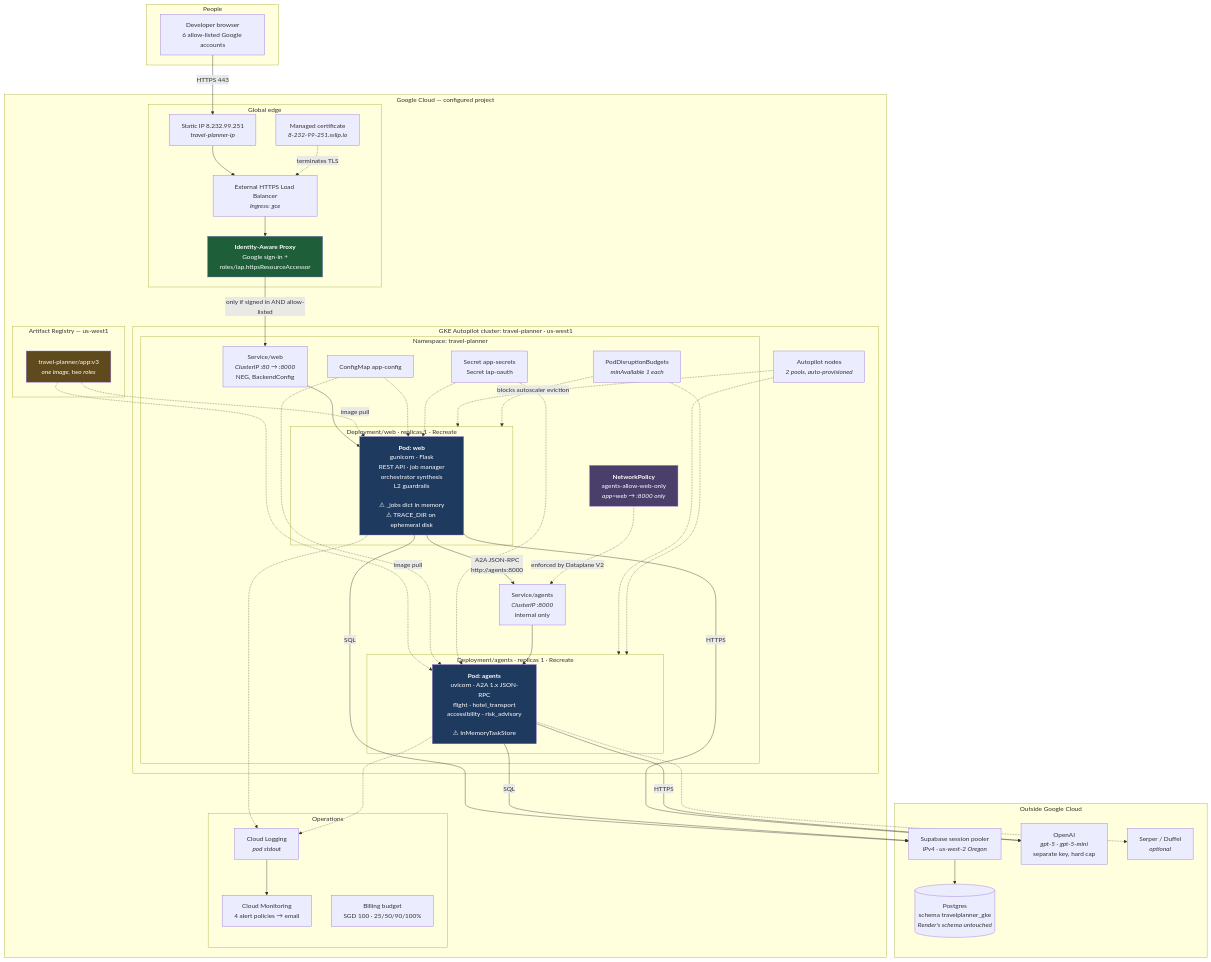
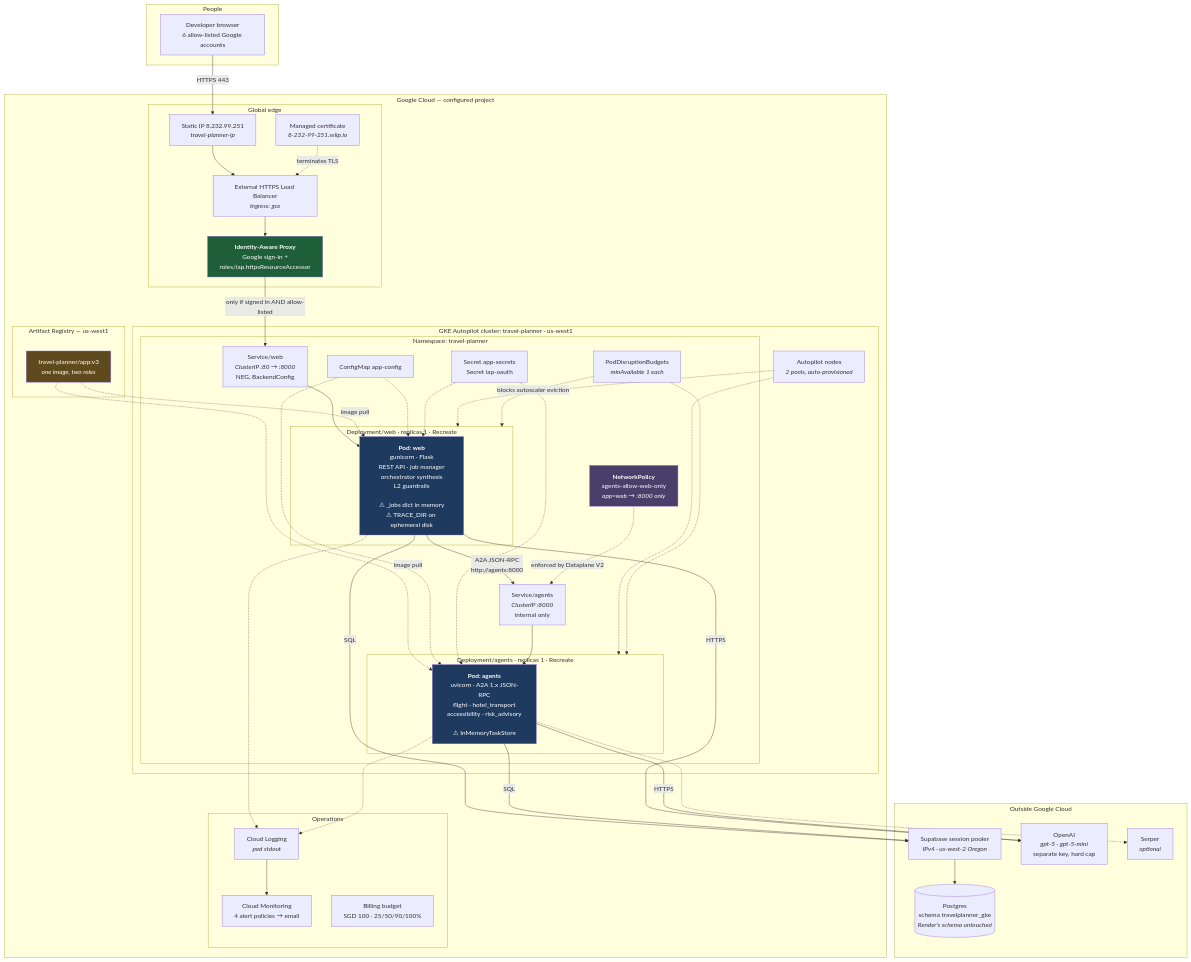
Before and after one commit to NUS-ISS-SWE5008-STACKABLE-2026-07-Team1/agentic-travel-planner: the diagram in docs/physical-architecture-gke.md, drawn with Mermaid. The commit also changed other lines of this file and 27 other files, not shown here.

```diff
--- a/docs/physical-architecture-gke.md
+++ b/docs/physical-architecture-gke.md
@@ -68,7 +68,7 @@
         PGB["Supabase session pooler<br/><i>IPv4 · us-west-2 Oregon</i>"]
         PG[("Postgres<br/>schema travelplanner_gke<br/><i>Render's schema untouched</i>")]
         OAI["OpenAI<br/><i>gpt-5 · gpt-5-mini</i><br/>separate key, hard cap"]
-        WEBS["Serper / Duffel<br/><i>optional</i>"]
+        WEBS["Serper<br/><i>optional</i>"]
     end
 
     DEV -->|"HTTPS 443"| IP --> LB
```
